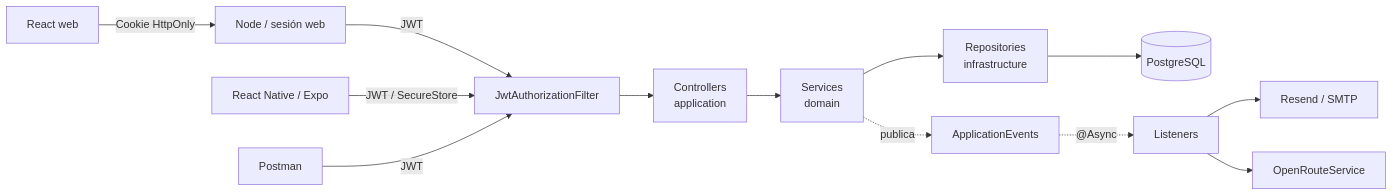
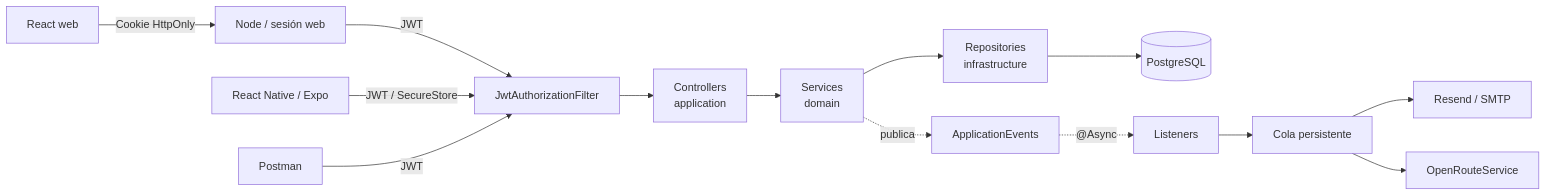
Before and after one commit to Adrian0raffo/QSale: the first of 2 diagrams in README.md, drawn with Mermaid. The commit also changed other lines of this file and 10 other files, not shown here.

````diff
--- a/README.md
+++ b/README.md
@@ -96,15 +82,16 @@
 ```mermaid
 flowchart LR
     Web[React web] -->|Cookie HttpOnly| Session[Node / sesión web]
     Session -->|JWT| Filter[JwtAuthorizationFilter]
     Mobile[React Native / Expo] -->|JWT / SecureStore| Filter
     Client[Postman] -->|JWT| Filter
     Filter --> Controller[Controllers<br/>application]
     Controller --> Service[Services<br/>domain]
     Service --> Repository[Repositories<br/>infrastructure]
     Repository --> DB[(PostgreSQL)]
     Service -. publica .-> Events[ApplicationEvents]
     Events -. "@Async" .-> Listeners[Listeners]
-    Listeners --> Mail[Resend / SMTP]
-    Listeners --> ORS[OpenRouteService]
+    Listeners --> Jobs[Cola persistente]
+    Jobs --> Mail[Resend / SMTP]
+    Jobs --> ORS[OpenRouteService]
 ```
````
